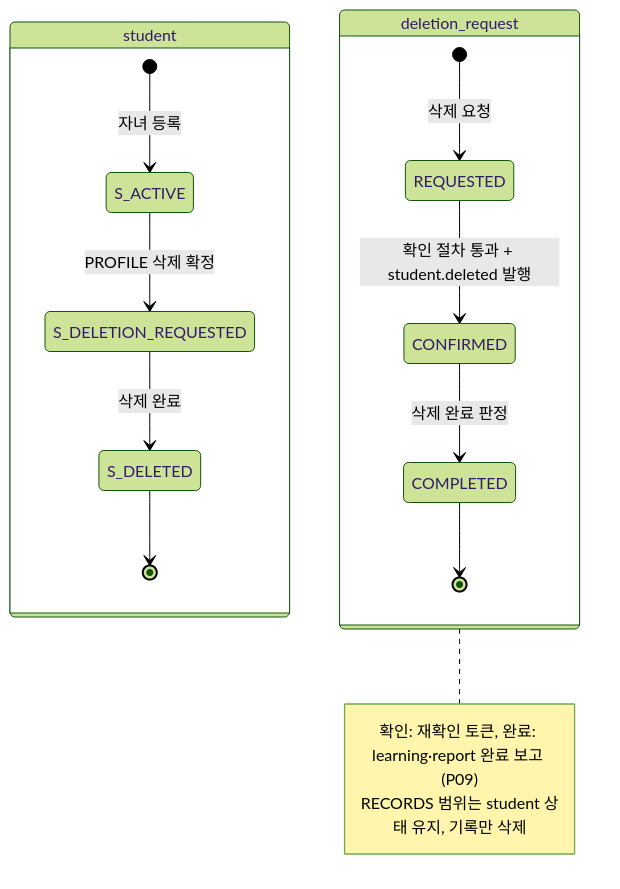
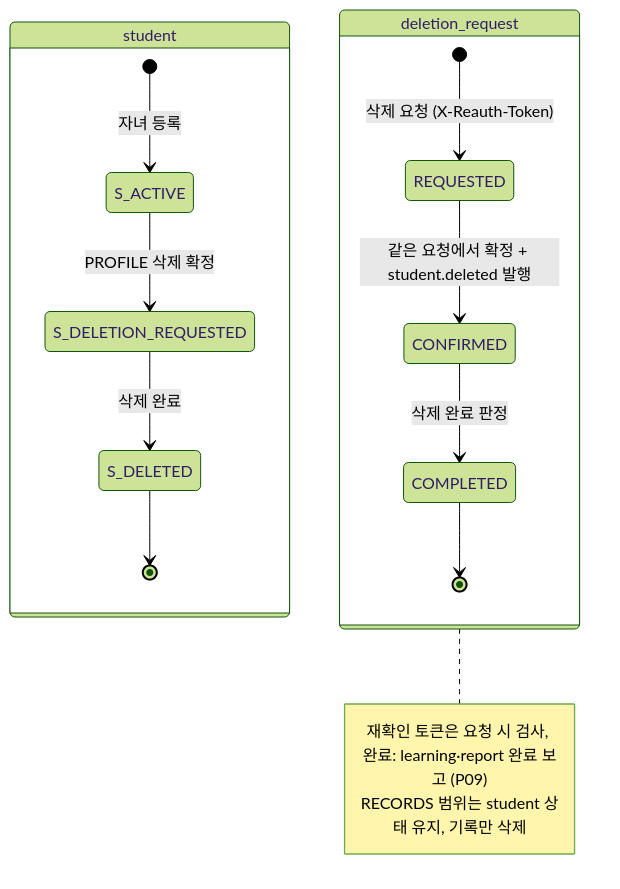
One commit to SKNETWORKS-FAMILY-AICAMP/SKN34-FINAL-3TEAM changed the second of 17 diagrams in docs/design/state-diagram.md. Above: the diagram before and after it, drawn with Mermaid (forest theme). The commit also changed other lines of this file and 14 other files, not shown here.

````diff
--- a/docs/design/state-diagram.md
+++ b/docs/design/state-diagram.md
@@ -47,19 +47,19 @@
 ```mermaid
 stateDiagram-v2
   state student {
     [*] --> S_ACTIVE: 자녀 등록
     S_ACTIVE --> S_DELETION_REQUESTED: PROFILE 삭제 확정
     S_DELETION_REQUESTED --> S_DELETED: 삭제 완료
     S_DELETED --> [*]
   }
   state deletion_request {
-    [*] --> REQUESTED: 삭제 요청
-    REQUESTED --> CONFIRMED: 확인 절차 통과 + student.deleted 발행
+    [*] --> REQUESTED: 삭제 요청 (X-Reauth-Token)
+    REQUESTED --> CONFIRMED: 같은 요청에서 확정 + student.deleted 발행
     CONFIRMED --> COMPLETED: 삭제 완료 판정
     COMPLETED --> [*]
   }
   note right of deletion_request
-    확인: 재확인 토큰, 완료: learning·report 완료 보고 (P09)
+    재확인 토큰은 요청 시 검사, 완료: learning·report 완료 보고 (P09)
     RECORDS 범위는 student 상태 유지, 기록만 삭제
   end note
 ```
````
